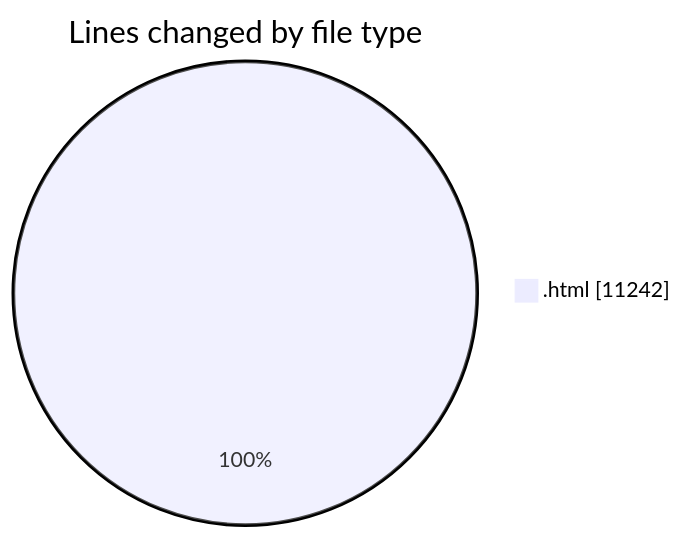
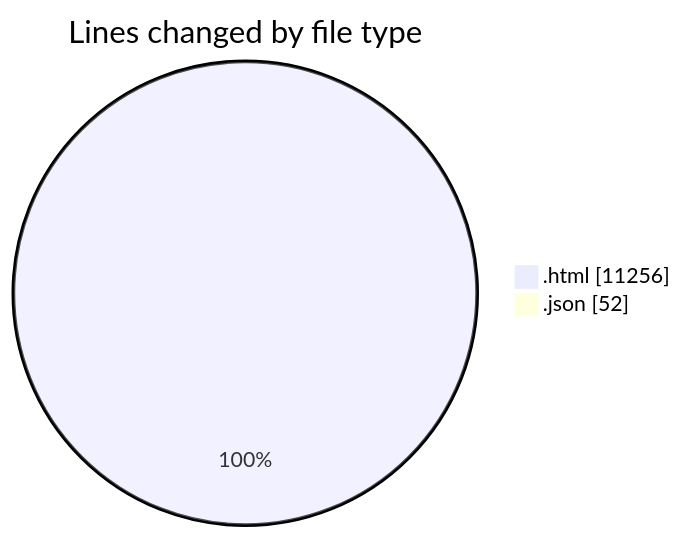
The first of 2 diagrams in 2025-09-16/www/README.md (vahidmafi/code-tracking), drawn with Mermaid before and after one commit. The commit also changed other lines of this file and 1 other file, not shown here.

````diff
--- a/2025-09-16/www/README.md
+++ b/2025-09-16/www/README.md
@@ -21,5 +22,6 @@
 ```mermaid
 pie showData
 title Lines changed by file type
-".html" : 11242
+".html" : 11256
+".json" : 52
 ```
````
